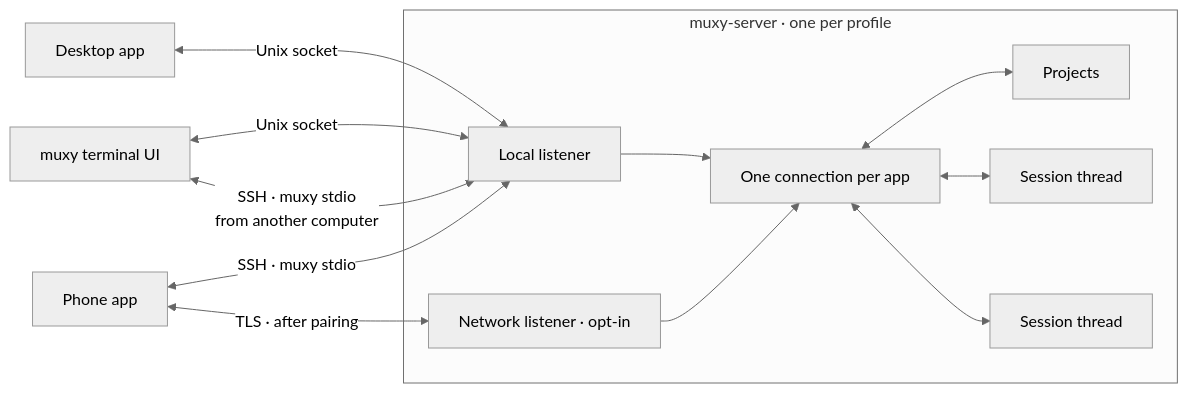
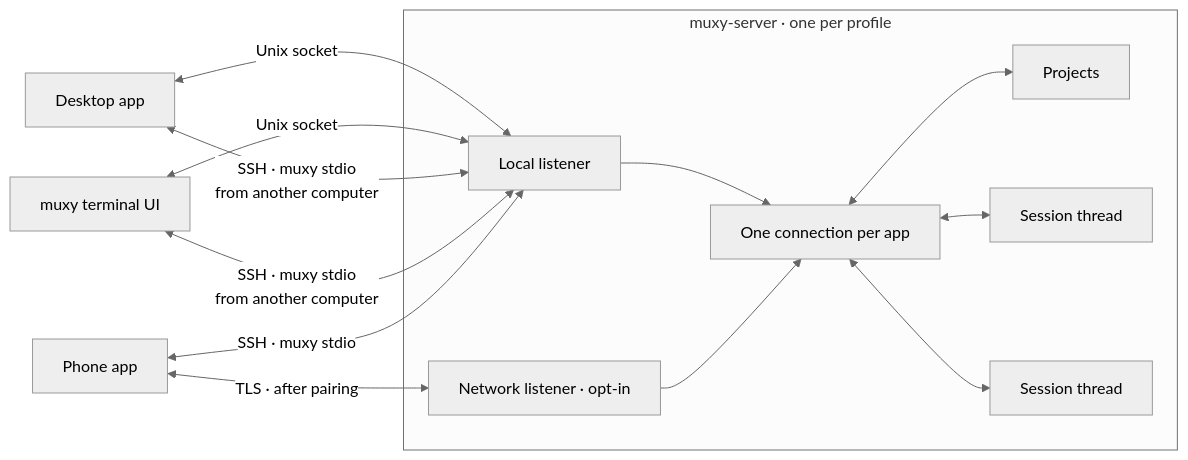
One commit to muxy-app/muxy changed the first of 5 diagrams in docs/tech/architecture.md. Above: the diagram before and after it, drawn with Mermaid (neutral theme). The commit also changed other lines of this file and 62 other files, not shown here.

````diff
--- a/docs/tech/architecture.md
+++ b/docs/tech/architecture.md
@@ -7,21 +7,22 @@
 ```mermaid
 flowchart LR
     DESKTOP["Desktop app"] <-->|"Unix socket"| LOCAL
     TUI["muxy terminal UI"] <-->|"Unix socket"| LOCAL
+    DESKTOP <-->|"SSH · muxy stdio<br/>from another computer"| LOCAL
     TUI <-->|"SSH · muxy stdio<br/>from another computer"| LOCAL
     PHONE["Phone app"] <-->|"TLS · after pairing"| NETWORK
     PHONE <-->|"SSH · muxy stdio"| LOCAL
     subgraph SERVER["muxy-server · one per profile"]
         LOCAL["Local listener"]
         NETWORK["Network listener · opt-in"]
         CONNECTION["One connection per app"]
         CATALOG["Projects"]
         S1["Session thread"]
         S2["Session thread"]
         LOCAL --> CONNECTION
         NETWORK --> CONNECTION
         CONNECTION <--> CATALOG
         CONNECTION <--> S1
         CONNECTION <--> S2
     end
 ```
````
